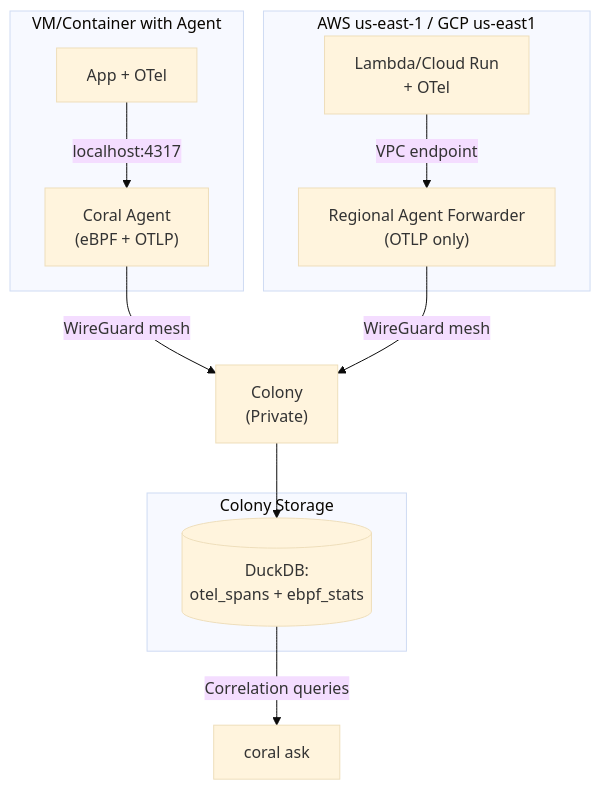
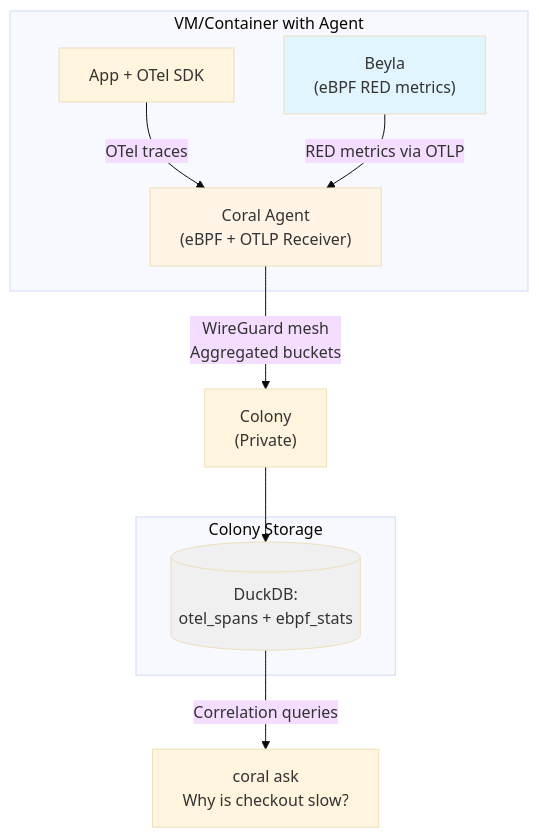
The diagram in RFDs/025-basic-otel-ingestion.md (alexandrem/coral), drawn with Mermaid (base theme) before and after one commit. The commit also changed other lines of this file and 37 other files, not shown here.

````diff
--- a/RFDs/025-basic-otel-ingestion.md
+++ b/RFDs/025-basic-otel-ingestion.md
@@ -84,24 +104,23 @@
 ```mermaid
 flowchart TB
     subgraph Host["VM/Container with Agent"]
-        App["App + OTel"]
-        Agent["Coral Agent<br/>(eBPF + OTLP)"]
-        App -->|localhost:4317| Agent
+        App["App + OTel SDK"]
+        Beyla["Beyla<br/>(eBPF RED metrics)"]
+        Agent["Coral Agent<br/>(eBPF + OTLP Receiver)"]
+        App -->|OTel traces| Agent
+        Beyla -->|RED metrics via OTLP| Agent
     end
 
-    subgraph ServerlessRegion["AWS us-east-1 / GCP us-east1"]
-        Lambda["Lambda/Cloud Run<br/>+ OTel"]
-        Forwarder["Regional Agent Forwarder<br/>(OTLP only)"]
-        Lambda -->|VPC endpoint| Forwarder
-    end
-
-    Agent -->|WireGuard mesh| Colony["Colony<br/>(Private)"]
-    Forwarder -->|WireGuard mesh| Colony
+    Agent -->|WireGuard mesh<br/>Aggregated buckets| Colony["Colony<br/>(Private)"]
 
     subgraph ColonyDB["Colony Storage"]
         DB[(DuckDB:<br/>otel_spans + ebpf_stats)]
     end
 
     Colony --> DB
-    DB -->|Correlation queries| AI["coral ask"]
+    DB -->|Correlation queries| AI["coral ask<br/>Why is checkout slow?"]
+
+    style Beyla fill:#e1f5ff
+    style Agent fill:#fff4e6
+    style DB fill:#f0f0f0
 ```
````
